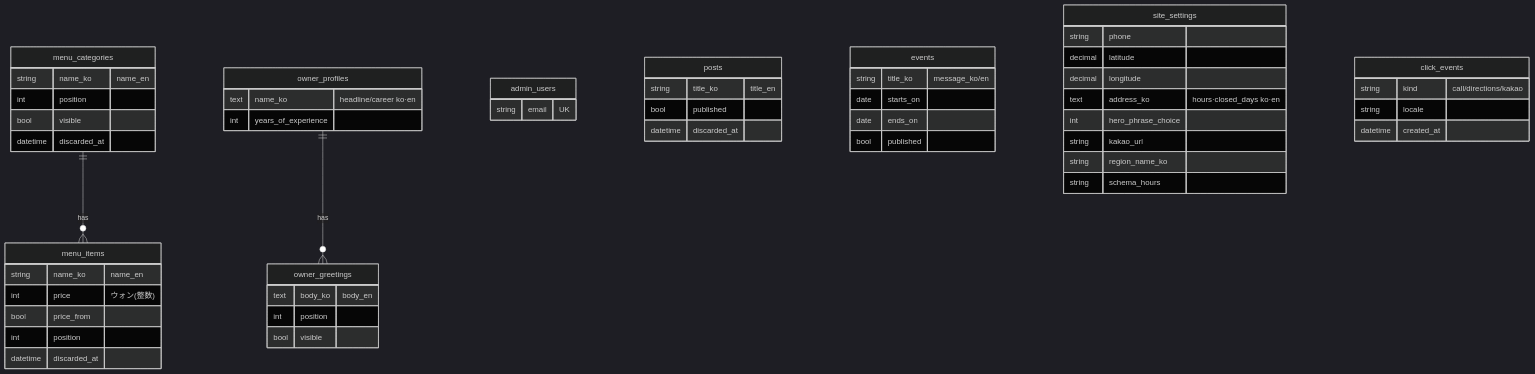
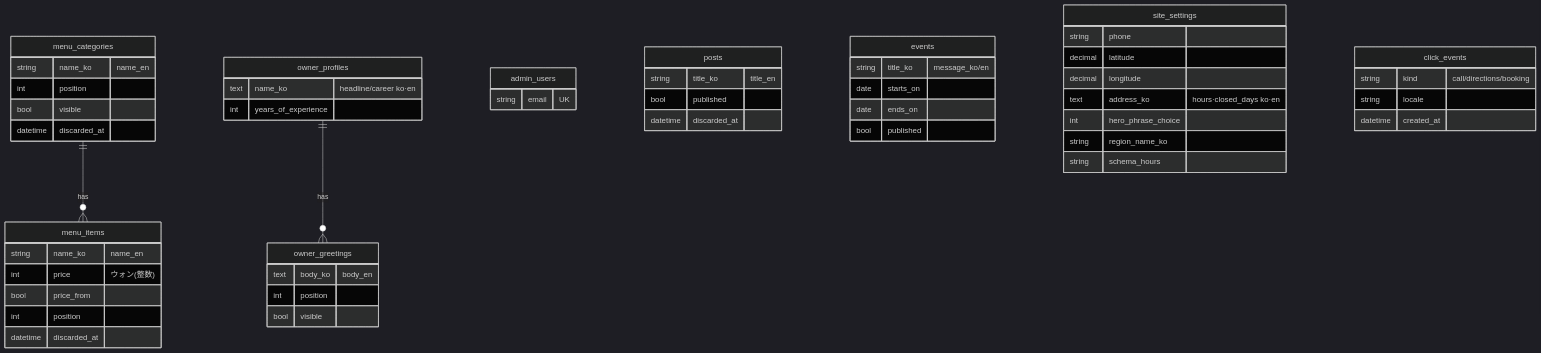
The fifth of 5 diagrams in README.ja.md (YIDONGYONG/eunpa-beauty-salon), drawn with Mermaid (dark theme) before and after one commit. The commit also changed other lines of this file and 17 other files, not shown here.

````diff
--- a/README.ja.md
+++ b/README.ja.md
@@ -146,14 +146,14 @@
 ```mermaid
 erDiagram
   menu_categories ||--o{ menu_items : has
   owner_profiles ||--o{ owner_greetings : has
   admin_users { string email UK }
   menu_categories { string name_ko "name_en" int position bool visible datetime discarded_at }
   menu_items { string name_ko "name_en" int price "ウォン(整数)" bool price_from int position datetime discarded_at }
   posts { string title_ko "title_en" bool published datetime discarded_at }
   events { string title_ko "message_ko/en" date starts_on date ends_on bool published }
   owner_profiles { text name_ko "headline/career ko·en" int years_of_experience }
   owner_greetings { text body_ko "body_en" int position bool visible }
-  site_settings { string phone decimal latitude decimal longitude text address_ko "hours·closed_days ko·en" int hero_phrase_choice string kakao_url string region_name_ko string schema_hours }
-  click_events { string kind "call/directions/kakao" string locale datetime created_at }
+  site_settings { string phone decimal latitude decimal longitude text address_ko "hours·closed_days ko·en" int hero_phrase_choice string region_name_ko string schema_hours }
+  click_events { string kind "call/directions/booking" string locale datetime created_at }
 ```
````
